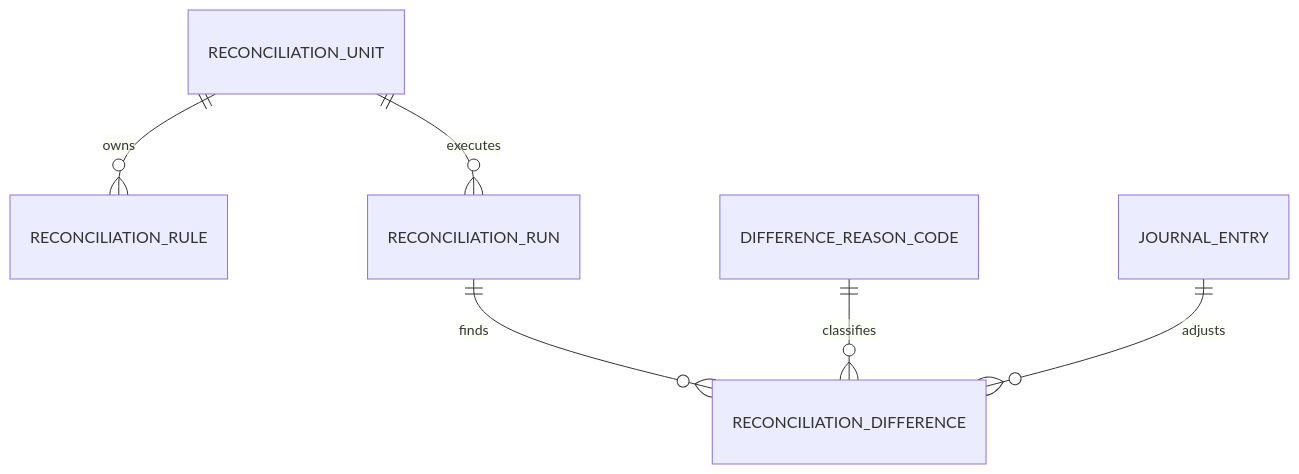
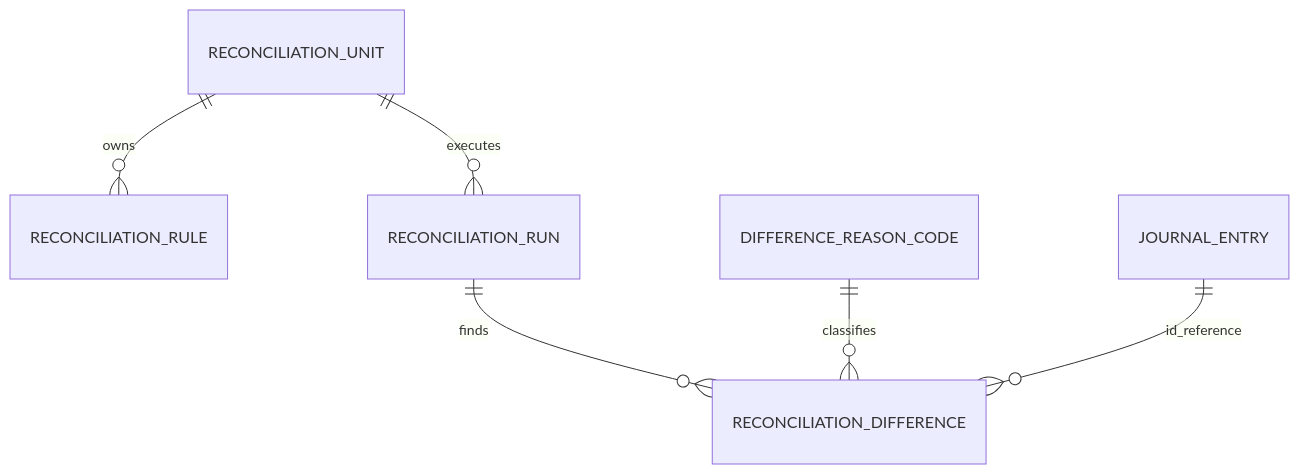
The first of 2 diagrams in reconciliation/docs/schema.md (skyg547/account), drawn with Mermaid before and after one commit. The commit also changed other lines of this file and 81 other files, not shown here.

````diff
--- a/reconciliation/docs/schema.md
+++ b/reconciliation/docs/schema.md
@@ -5,8 +5,8 @@
 ```mermaid
 erDiagram
     RECONCILIATION_UNIT ||--o{ RECONCILIATION_RULE : owns
     RECONCILIATION_UNIT ||--o{ RECONCILIATION_RUN : executes
     RECONCILIATION_RUN ||--o{ RECONCILIATION_DIFFERENCE : finds
     DIFFERENCE_REASON_CODE ||--o{ RECONCILIATION_DIFFERENCE : classifies
-    JOURNAL_ENTRY ||--o{ RECONCILIATION_DIFFERENCE : adjusts
+    JOURNAL_ENTRY ||--o{ RECONCILIATION_DIFFERENCE : id_reference
 ```
````
